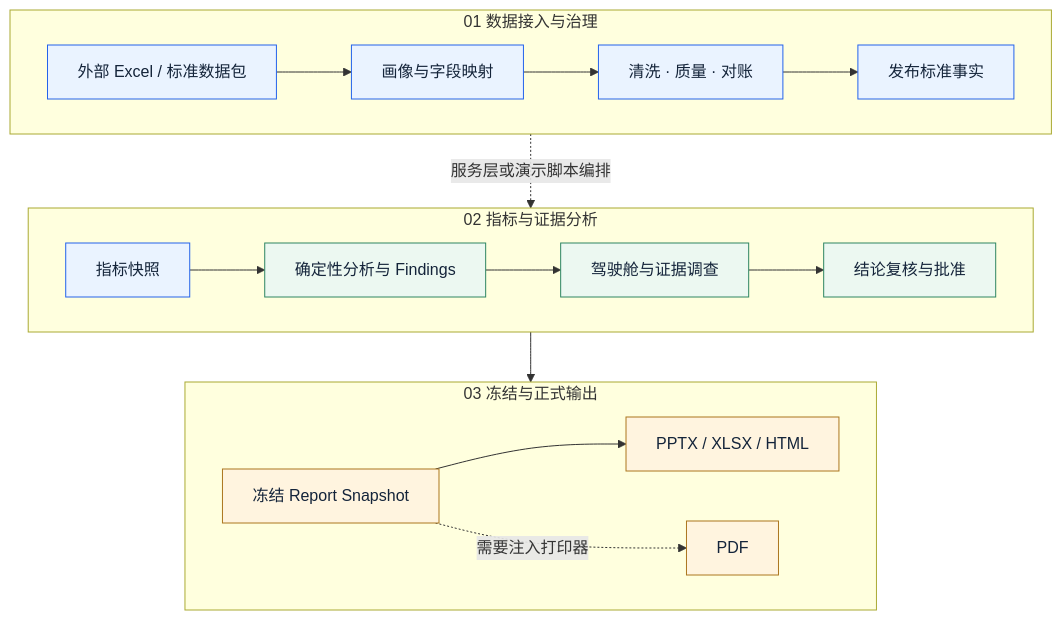
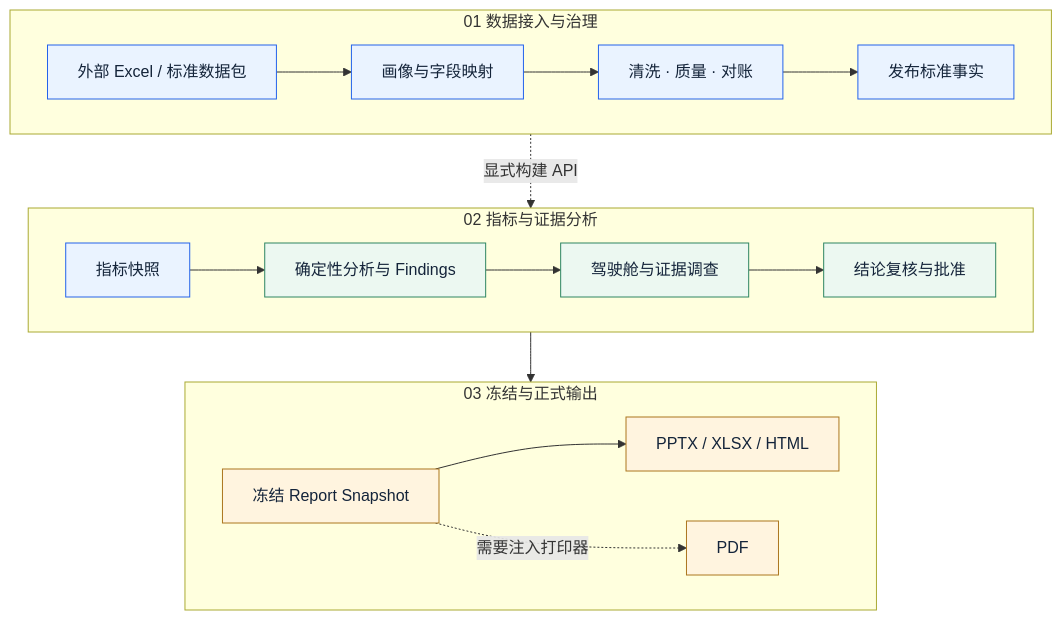
The first of 6 diagrams in README.md (davyzhong/FLOW), drawn with Mermaid before and after one commit. The commit also changed other lines of this file and 23 other files, not shown here.

````diff
--- a/README.md
+++ b/README.md
@@ -36,28 +36,28 @@
 ```mermaid
 flowchart TB
     subgraph Intake[01 数据接入与治理]
         direction LR
         A[外部 Excel / 标准数据包] --> B[画像与字段映射]
         B --> C[清洗 · 质量 · 对账]
         C --> D[发布标准事实]
     end
     subgraph Analysis[02 指标与证据分析]
         direction LR
         E[指标快照] --> F[确定性分析与 Findings]
         F --> G[驾驶舱与证据调查]
         G --> H[结论复核与批准]
     end
     subgraph Publishing[03 冻结与正式输出]
         direction LR
         I[冻结 Report Snapshot] --> J[PPTX / XLSX / HTML]
         I -. 需要注入打印器 .-> K[PDF]
     end
-    Intake -. 服务层或演示脚本编排 .-> Analysis
+    Intake -. 显式构建 API .-> Analysis
     Analysis --> Publishing
     classDef data fill:#eaf3ff,stroke:#2463eb,color:#14243a
     classDef review fill:#ecf8f1,stroke:#2e8562,color:#14243a
     classDef output fill:#fff4df,stroke:#ac761f,color:#14243a
     class A,B,C,D,E data
     class F,G,H review
     class I,J,K output
 ```
````
